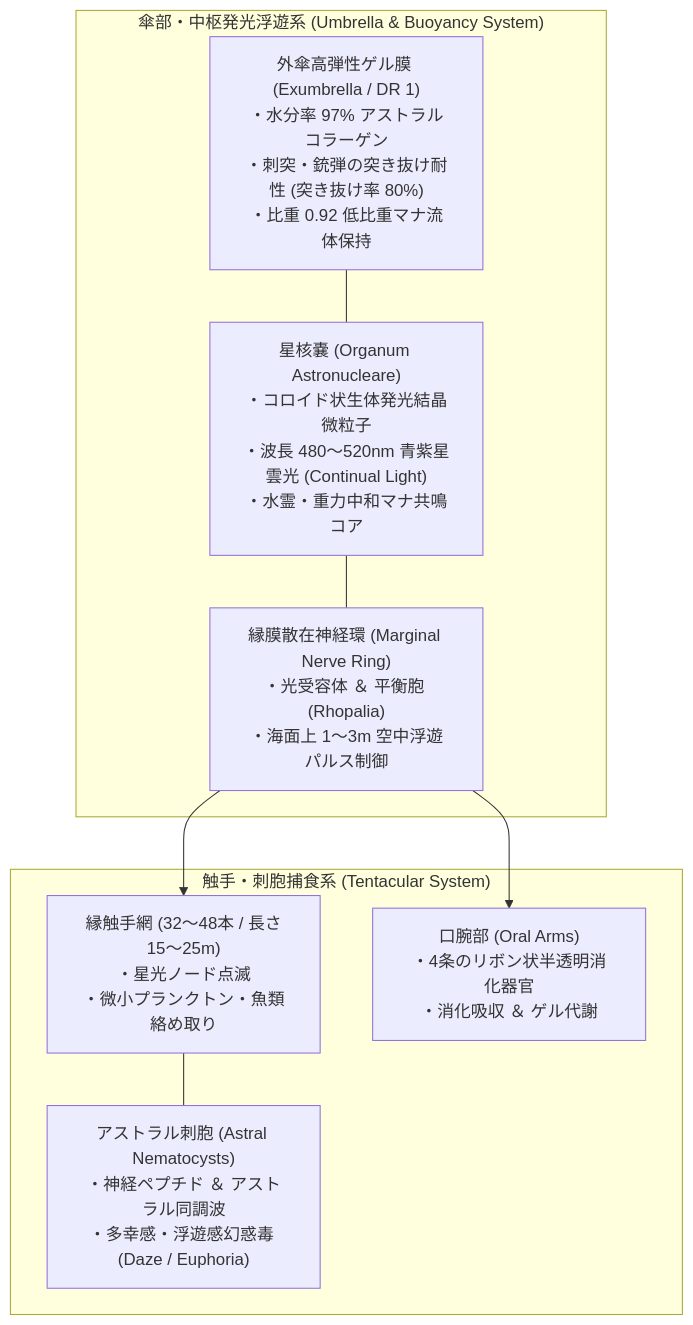
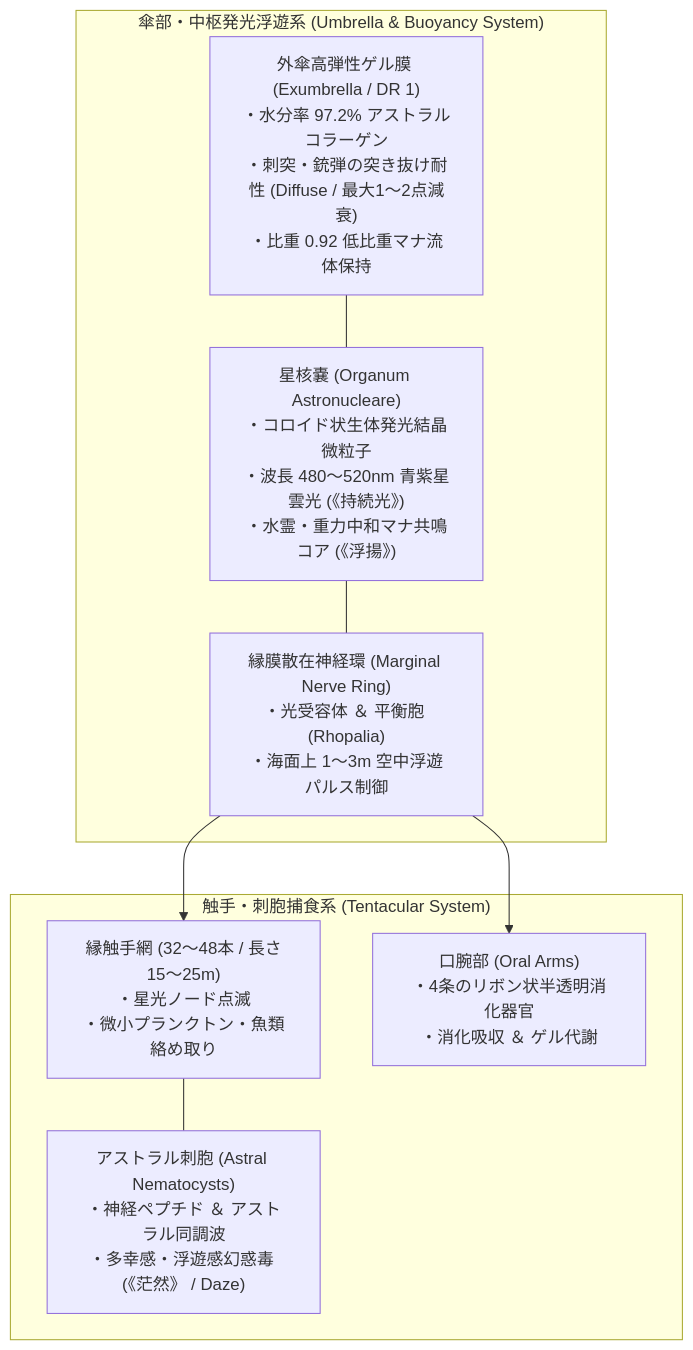
The first of 2 diagrams in creatures/008_astral_nebula_jelly.md (takenoriohno-cloud/world-building), drawn with Mermaid before and after one commit. The commit also changed other lines of this file and 6 other files, not shown here.

````diff
--- a/creatures/008_astral_nebula_jelly.md
+++ b/creatures/008_astral_nebula_jelly.md
@@ -38,21 +58,21 @@
 ```mermaid
 flowchart TD
     %% 幽光星海月 アストラル・ネビュラ・ジェリー 生体発光・浮遊解剖連関図
     subgraph BELL["傘部・中枢発光浮遊系 (Umbrella & Buoyancy System)"]
-        EXUM["外傘高弾性ゲル膜 (Exumbrella / DR 1)<br/>・水分率 97% アストラルコラーゲン<br/>・刺突・銃弾の突き抜け耐性 (突き抜け率 80%)<br/>・比重 0.92 低比重マナ流体保持"]
-        NUCLEUS["星核嚢 (Organum Astronucleare)<br/>・コロイド状生体発光結晶微粒子<br/>・波長 480〜520nm 青紫星雲光 (Continual Light)<br/>・水霊・重力中和マナ共鳴コア"]
+        EXUM["外傘高弾性ゲル膜 (Exumbrella / DR 1)<br/>・水分率 97.2% アストラルコラーゲン<br/>・刺突・銃弾の突き抜け耐性 (Diffuse / 最大1〜2点減衰)<br/>・比重 0.92 低比重マナ流体保持"]
+        NUCLEUS["星核嚢 (Organum Astronucleare)<br/>・コロイド状生体発光結晶微粒子<br/>・波長 480〜520nm 青紫星雲光 (《持続光》)<br/>・水霊・重力中和マナ共鳴コア (《浮揚》)"]
         RING["縁膜散在神経環 (Marginal Nerve Ring)<br/>・光受容体 ＆ 平衡胞 (Rhopalia)<br/>・海面上 1〜3m 空中浮遊パルス制御"]
         EXUM --- NUCLEUS
         NUCLEUS --- RING
     end
 
     subgraph TENTACLES["触手・刺胞捕食系 (Tentacular System)"]
         MARGINAL["縁触手網 (32〜48本 / 長さ15〜25m)<br/>・星光ノード点滅<br/>・微小プランクトン・魚類絡め取り"]
-        CNIDA["アストラル刺胞 (Astral Nematocysts)<br/>・神経ペプチド ＆ アストラル同調波<br/>・多幸感・浮遊感幻惑毒 (Daze / Euphoria)"]
+        CNIDA["アストラル刺胞 (Astral Nematocysts)<br/>・神経ペプチド ＆ アストラル同調波<br/>・多幸感・浮遊感幻惑毒 (《茫然》 / Daze)"]
         ARMS["口腕部 (Oral Arms)<br/>・4条のリボン状半透明消化器官<br/>・消化吸収 ＆ ゲル代謝"]
     end
 
     RING --> MARGINAL
     MARGINAL --- CNIDA
     RING --> ARMS
 ```
````
